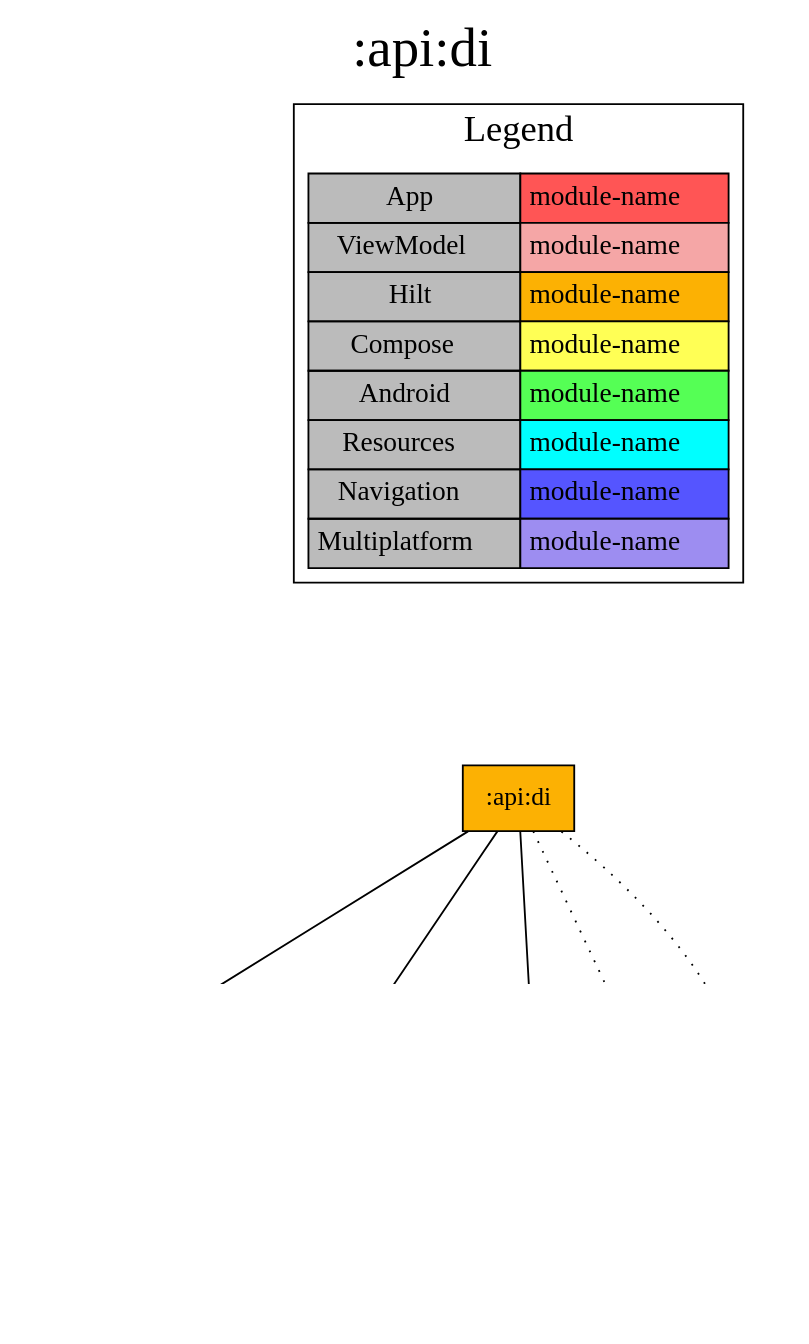
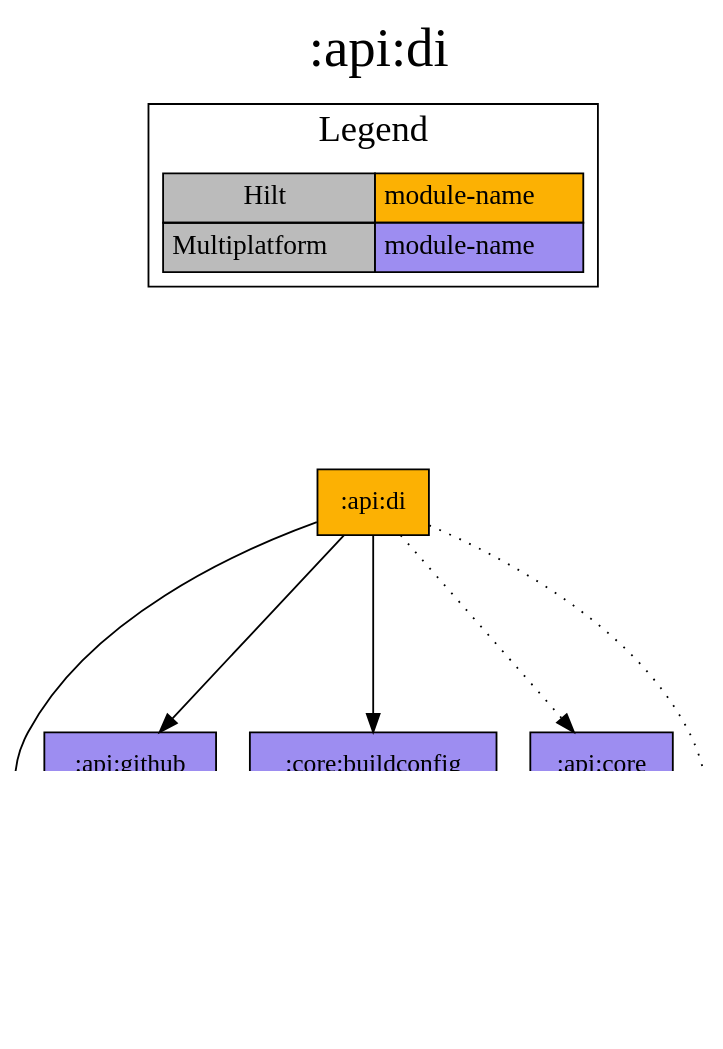
Before and after one commit to jonapoul/aktual: the diagram in modules/api/di/project-dependency-graph.dot, drawn with Graphviz. The commit also changed 97 other files, not shown here.

```diff
--- a/modules/api/di/project-dependency-graph.dot
+++ b/modules/api/di/project-dependency-graph.dot
@@ -1,39 +1,33 @@
 digraph {
 edge ["dir"="forward"]
 graph ["dpi"="100","label"=":api:di","labelloc"="t","fontsize"="30","ranksep"="1.5","rankdir"="TB"]
 node ["style"="filled"]
+":api:core" ["fillcolor"="#9D8DF1","shape"="box"]
 ":api:di" ["shape"="box","fillcolor"="#FCB103"]
 ":api:github" ["fillcolor"="#9D8DF1","shape"="box"]
 ":core:buildconfig" ["fillcolor"="#9D8DF1","shape"="box"]
 ":core:log" ["fillcolor"="#9D8DF1","shape"="box"]
-":api:core" ["fillcolor"="#9D8DF1","shape"="box"]
 ":url:model" ["fillcolor"="#9D8DF1","shape"="box"]
 {
 edge ["dir"="none"]
 graph ["rank"="same"]
 ":api:di"
 }
+":api:core" -> ":core:log"
+":api:core" -> ":url:model"
+":api:di" -> ":api:core" ["style"="dotted"]
 ":api:di" -> ":api:github"
 ":api:di" -> ":core:buildconfig"
 ":api:di" -> ":core:log"
-":api:di" -> ":api:core" ["style"="dotted"]
 ":api:di" -> ":url:model" ["style"="dotted"]
-":api:core" -> ":core:log"
-":api:core" -> ":url:model"
 subgraph "cluster_legend" {
 edge ["dir"="none"]
 graph ["label"="Legend","fontsize"="20"]
 "Legend" ["style"="filled","fillcolor"="#bbbbbb","shape"="none","margin"="0","fontsize"="15","label"=<
 <TABLE BORDER="0" CELLBORDER="1" CELLSPACING="0" CELLPADDING="4">
-<TR><TD>App</TD><TD BGCOLOR="#FF5555">module-name</TD></TR>
-<TR><TD>ViewModel</TD><TD BGCOLOR="#F5A6A6">module-name</TD></TR>
 <TR><TD>Hilt</TD><TD BGCOLOR="#FCB103">module-name</TD></TR>
-<TR><TD>Compose</TD><TD BGCOLOR="#FFFF55">module-name</TD></TR>
-<TR><TD>Android</TD><TD BGCOLOR="#55FF55">module-name</TD></TR>
-<TR><TD>Resources</TD><TD BGCOLOR="#00FFFF">module-name</TD></TR>
-<TR><TD>Navigation</TD><TD BGCOLOR="#5555FF">module-name</TD></TR>
 <TR><TD>Multiplatform</TD><TD BGCOLOR="#9D8DF1">module-name</TD></TR>
 </TABLE>
 >]
 } -> ":api:di" ["style"="invis"]
 }
```
